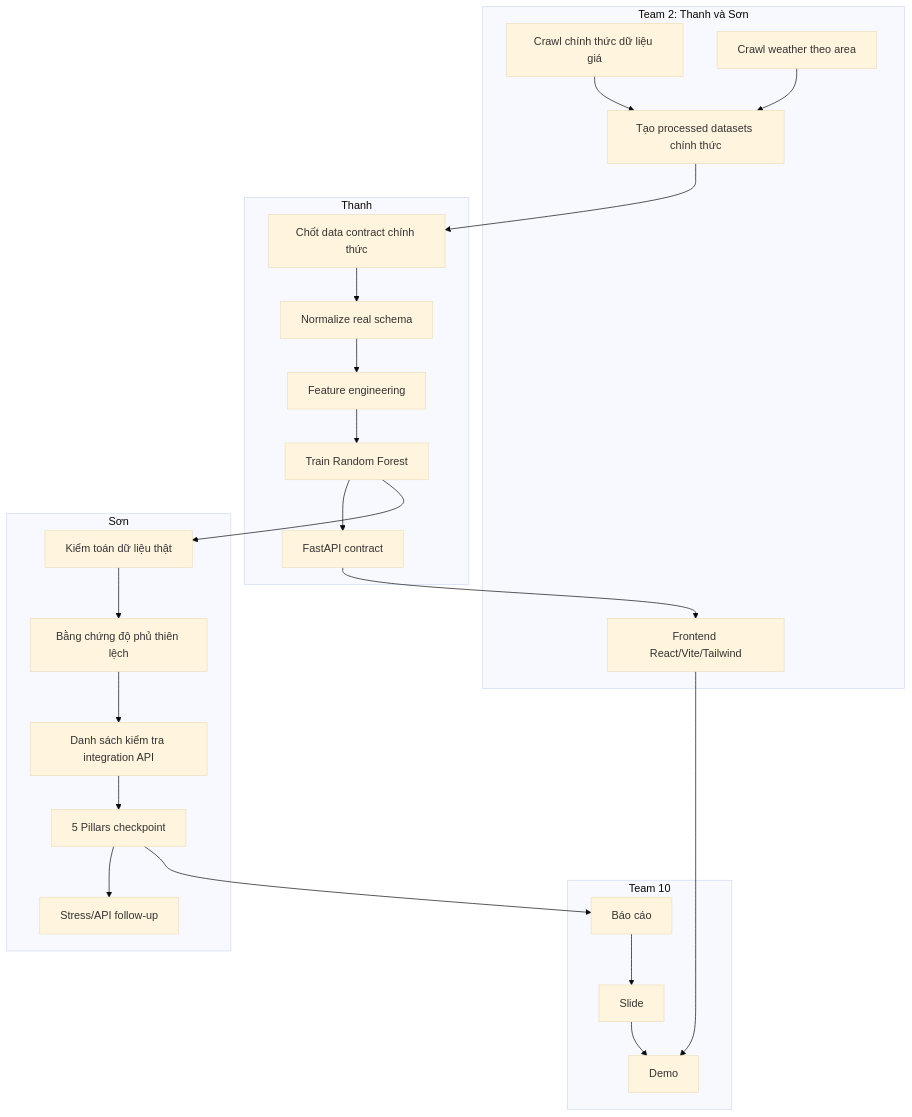
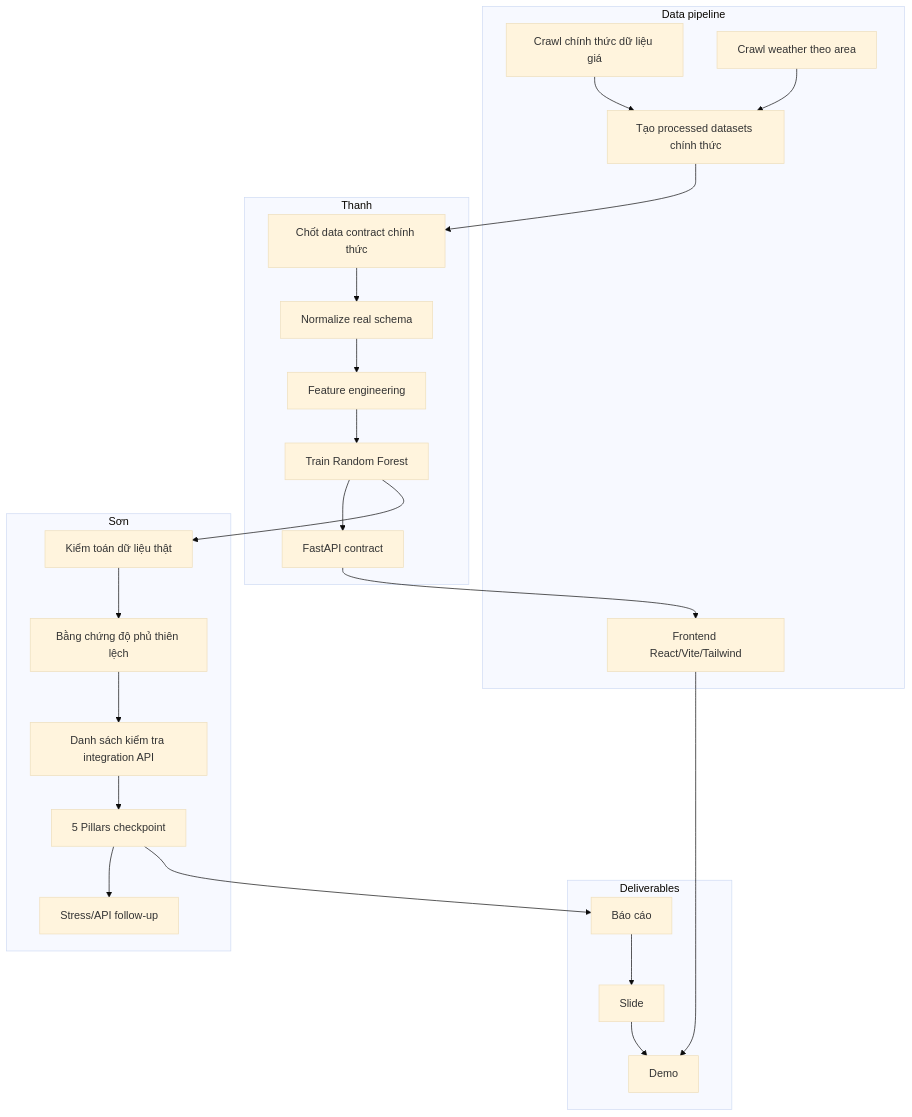
One commit to uit-25730067-chithanh/AI002-Team22-DT10 changed the fourth of 8 diagrams in docs/project-roadmap.md. Above: the diagram before and after it, drawn with Mermaid (base theme). The commit also changed other lines of this file and 21 other files, not shown here.

````diff
--- a/docs/project-roadmap.md
+++ b/docs/project-roadmap.md
@@ -104,41 +104,41 @@
 ```mermaid
 flowchart TD
-    subgraph T2Data[Team 2: Thanh và Sơn]
+    subgraph DataPipeline[Data pipeline]
         A1[Crawl chính thức dữ liệu giá]
         A2[Crawl weather theo area]
         A3[Tạo processed datasets chính thức]
         A4[Frontend React/Vite/Tailwind]
     end
 
     subgraph Thanh[Thanh]
         B1[Chốt data contract chính thức]
         B2[Normalize real schema]
         B3[Feature engineering]
         B4[Train Random Forest]
         B5[FastAPI contract]
     end
 
     subgraph Son[Sơn]
         C1[Kiểm toán dữ liệu thật]
         C2[Bằng chứng độ phủ thiên lệch]
         C3[Danh sách kiểm tra integration API]
         C4[5 Pillars checkpoint]
         C5[Stress/API follow-up]
     end
 
-    subgraph Team[Team 10]
+    subgraph Deliverables[Deliverables]
         D1[Báo cáo]
         D2[Slide]
         D3[Demo]
     end
 
     A1 --> A3
     A2 --> A3
     A3 --> B1
     B1 --> B2 --> B3 --> B4 --> B5
     B4 --> C1 --> C2 --> C3 --> C4 --> C5
     B5 --> A4
     C4 --> D1
     A4 --> D3
     D1 --> D2 --> D3
 ```
````
